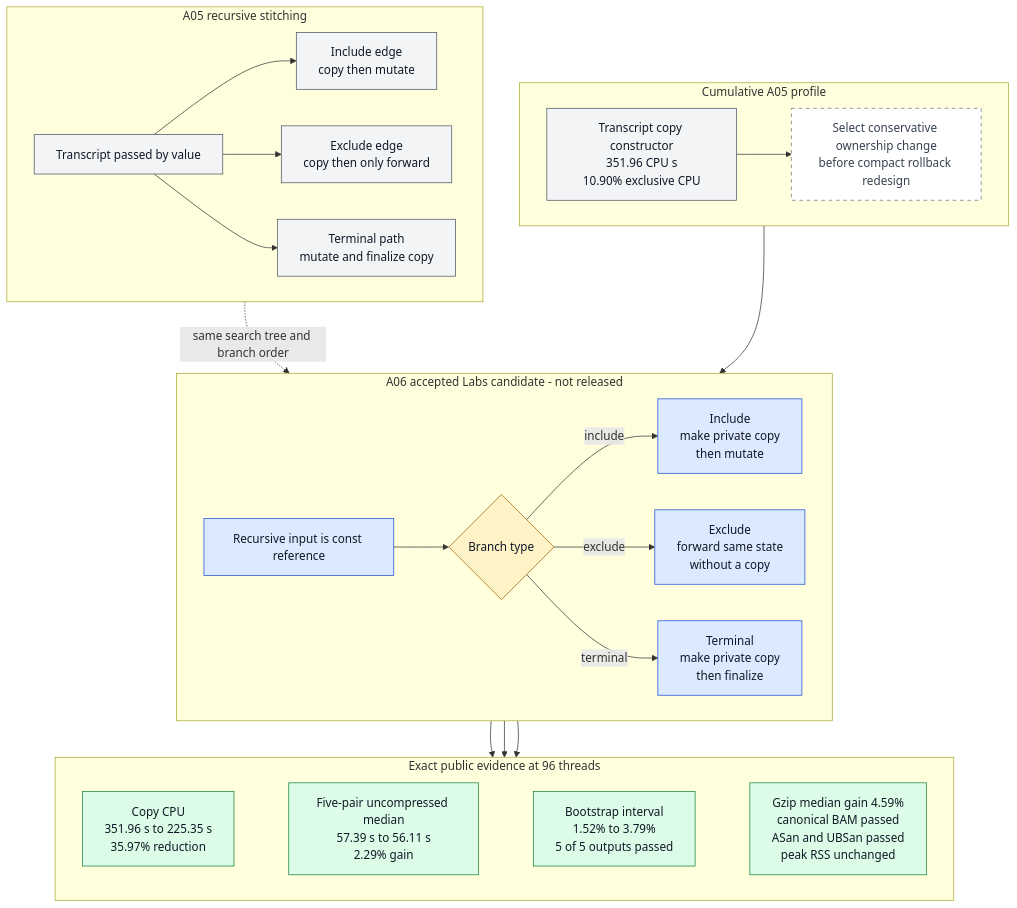
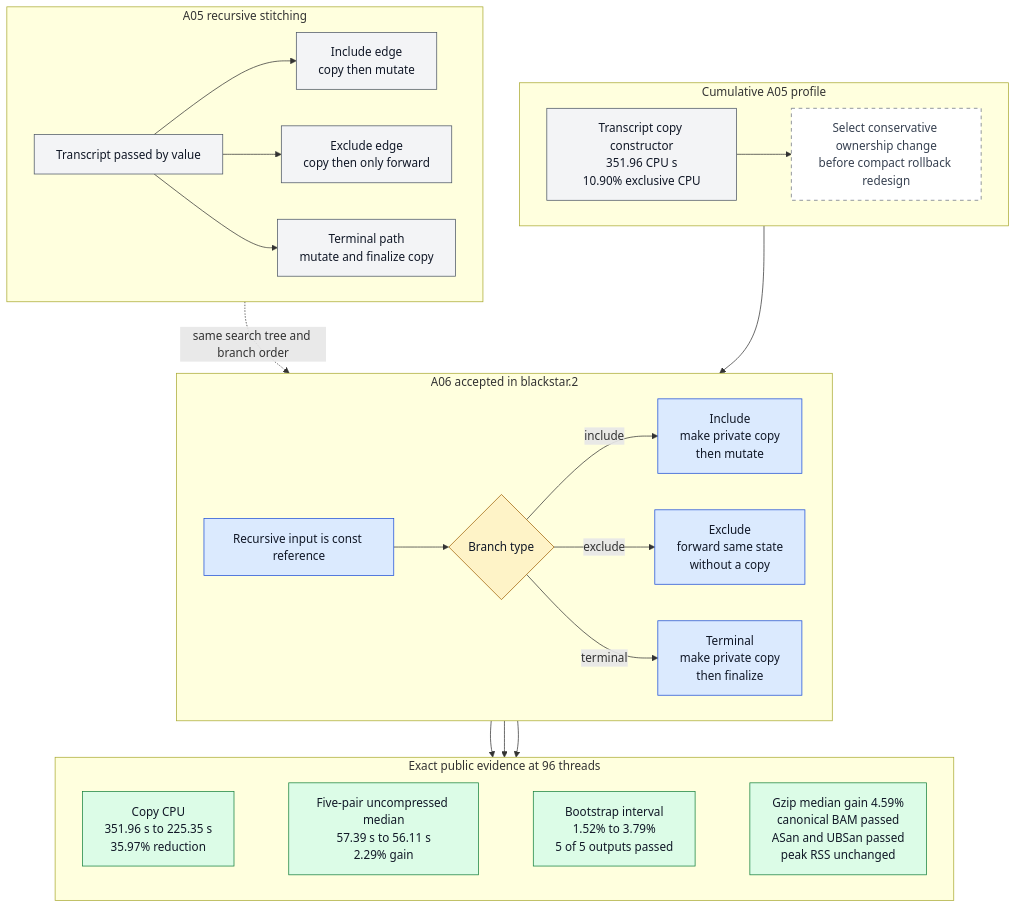
One commit to justinblethrow-cloud/STAR changed the diagram in docs/architecture/diagrams/src/F20-transcript-recursion.mmd. Above: the diagram before and after it, drawn with Mermaid. The commit also changed 52 other files, not shown here.

```diff
--- a/docs/architecture/diagrams/src/F20-transcript-recursion.mmd
+++ b/docs/architecture/diagrams/src/F20-transcript-recursion.mmd
@@ -1,61 +1,61 @@
 flowchart TB
     subgraph PROFILE["Cumulative A05 profile"]
         direction LR
         HOT["Transcript copy constructor<br/>351.96 CPU s<br/>10.90% exclusive CPU"]
         SELECT["Select conservative ownership change<br/>before compact rollback redesign"]
         HOT --> SELECT
     end
 
     subgraph BEFORE["A05 recursive stitching"]
         direction LR
         VALUE["Transcript passed by value"]
         INC1["Include edge<br/>copy then mutate"]
         EXC1["Exclude edge<br/>copy then only forward"]
         TERM1["Terminal path<br/>mutate and finalize copy"]
         VALUE --> INC1
         VALUE --> EXC1
         VALUE --> TERM1
     end
 
-    subgraph A06["A06 accepted Labs candidate - not released"]
+    subgraph A06["A06 accepted in blackstar.2"]
         direction LR
         REF["Recursive input is const reference"]
         BRANCH{"Branch type"}
         INC2["Include<br/>make private copy<br/>then mutate"]
         EXC2["Exclude<br/>forward same state<br/>without a copy"]
         TERM2["Terminal<br/>make private copy<br/>then finalize"]
         REF --> BRANCH
         BRANCH -->|include| INC2
         BRANCH -->|exclude| EXC2
         BRANCH -->|terminal| TERM2
     end
 
     SELECT --> REF
     BEFORE -.->|same search tree and branch order| A06
 
     subgraph RESULTS["Exact public evidence at 96 threads"]
         direction LR
         CPU["Copy CPU<br/>351.96 s to 225.35 s<br/>35.97% reduction"]
         PRIMARY["Five-pair uncompressed median<br/>57.39 s to 56.11 s<br/>2.29% gain"]
         INTERVAL["Bootstrap interval<br/>1.52% to 3.79%<br/>5 of 5 outputs passed"]
         SUPPORT["Gzip median gain 4.59%<br/>canonical BAM passed<br/>ASan and UBSan passed<br/>peak RSS unchanged"]
         CPU ~~~ PRIMARY
         PRIMARY ~~~ INTERVAL
         INTERVAL ~~~ SUPPORT
     end
 
     INC2 --> CPU
     EXC2 --> CPU
     TERM2 --> CPU
 
     classDef parent fill:#f3f4f6,stroke:#4b5563,color:#111827;
     classDef candidate fill:#dbeafe,stroke:#1d4ed8,color:#111827;
     classDef success fill:#dcfce7,stroke:#15803d,color:#111827;
     classDef decision fill:#fef3c7,stroke:#a16207,color:#111827;
     classDef note fill:#ffffff,stroke:#6b7280,color:#374151,stroke-dasharray: 5 5;
     class HOT parent;
     class SELECT note;
     class VALUE,INC1,EXC1,TERM1 parent;
     class REF,INC2,EXC2,TERM2 candidate;
     class BRANCH decision;
     class CPU,PRIMARY,INTERVAL,SUPPORT success;
```
